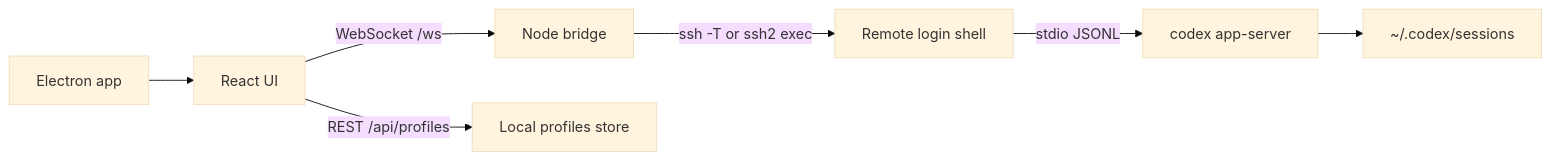
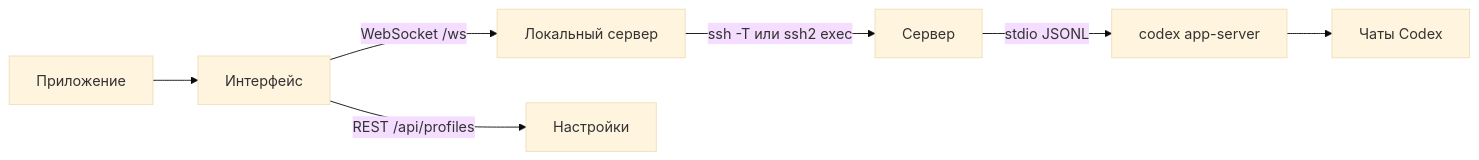
The diagram in README.md (rub1kub/codex-remote-console), drawn with Mermaid (base theme) before and after one commit. The commit also changed other lines of this file and 6 other files, not shown here.

````diff
--- a/README.md
+++ b/README.md
@@ -76,9 +77,9 @@
 ```mermaid
 flowchart LR
-  Electron["Electron app"] --> UI["React UI"]
-  UI -->|WebSocket /ws| Node["Node bridge"]
-  UI -->|REST /api/profiles| Profiles["Local profiles store"]
-  Node -->|ssh -T or ssh2 exec| Remote["Remote login shell"]
+  Electron["Приложение"] --> UI["Интерфейс"]
+  UI -->|WebSocket /ws| Node["Локальный сервер"]
+  UI -->|REST /api/profiles| Profiles["Настройки"]
+  Node -->|ssh -T или ssh2 exec| Remote["Сервер"]
   Remote -->|stdio JSONL| AppServer["codex app-server"]
-  AppServer --> Sessions["~/.codex/sessions"]
+  AppServer --> Sessions["Чаты Codex"]
 ```
````
